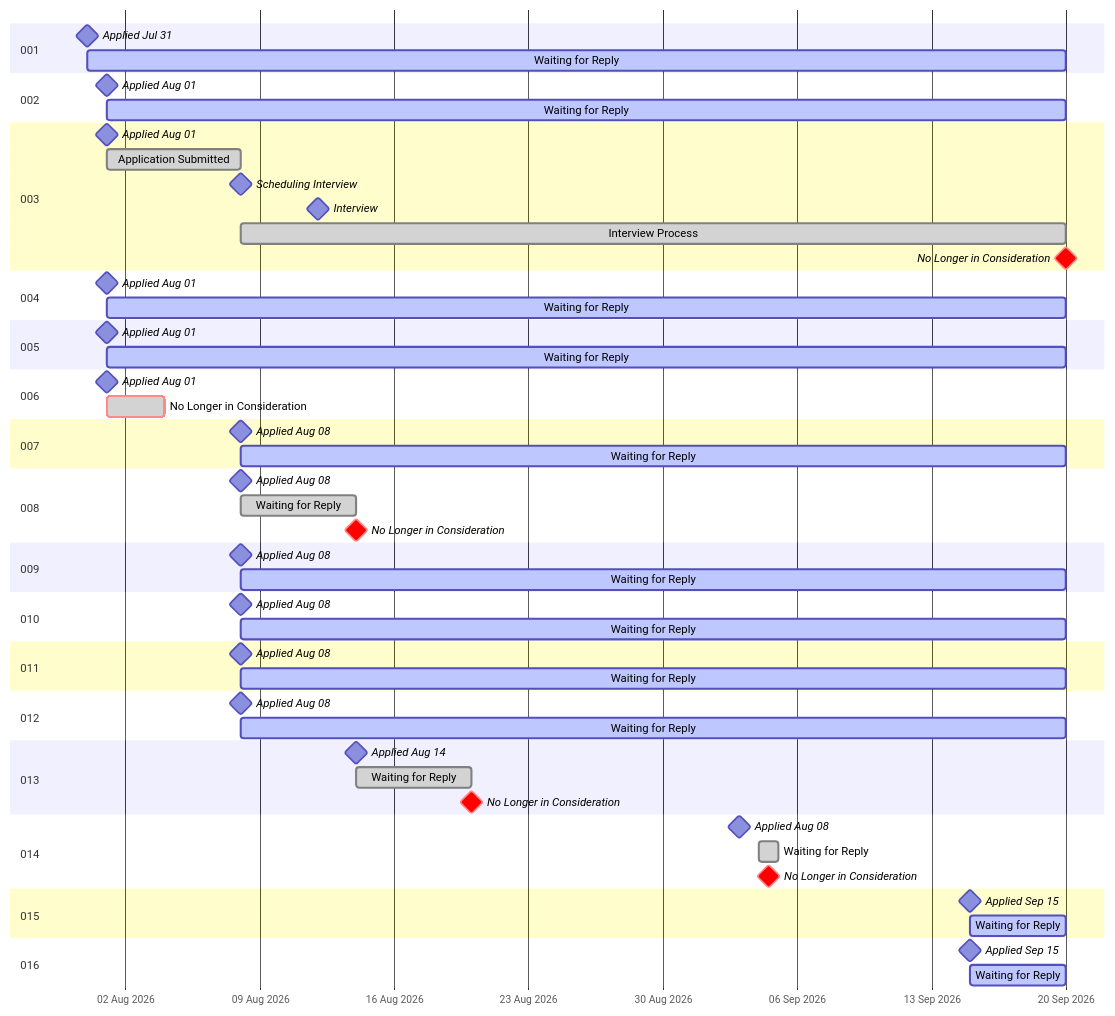
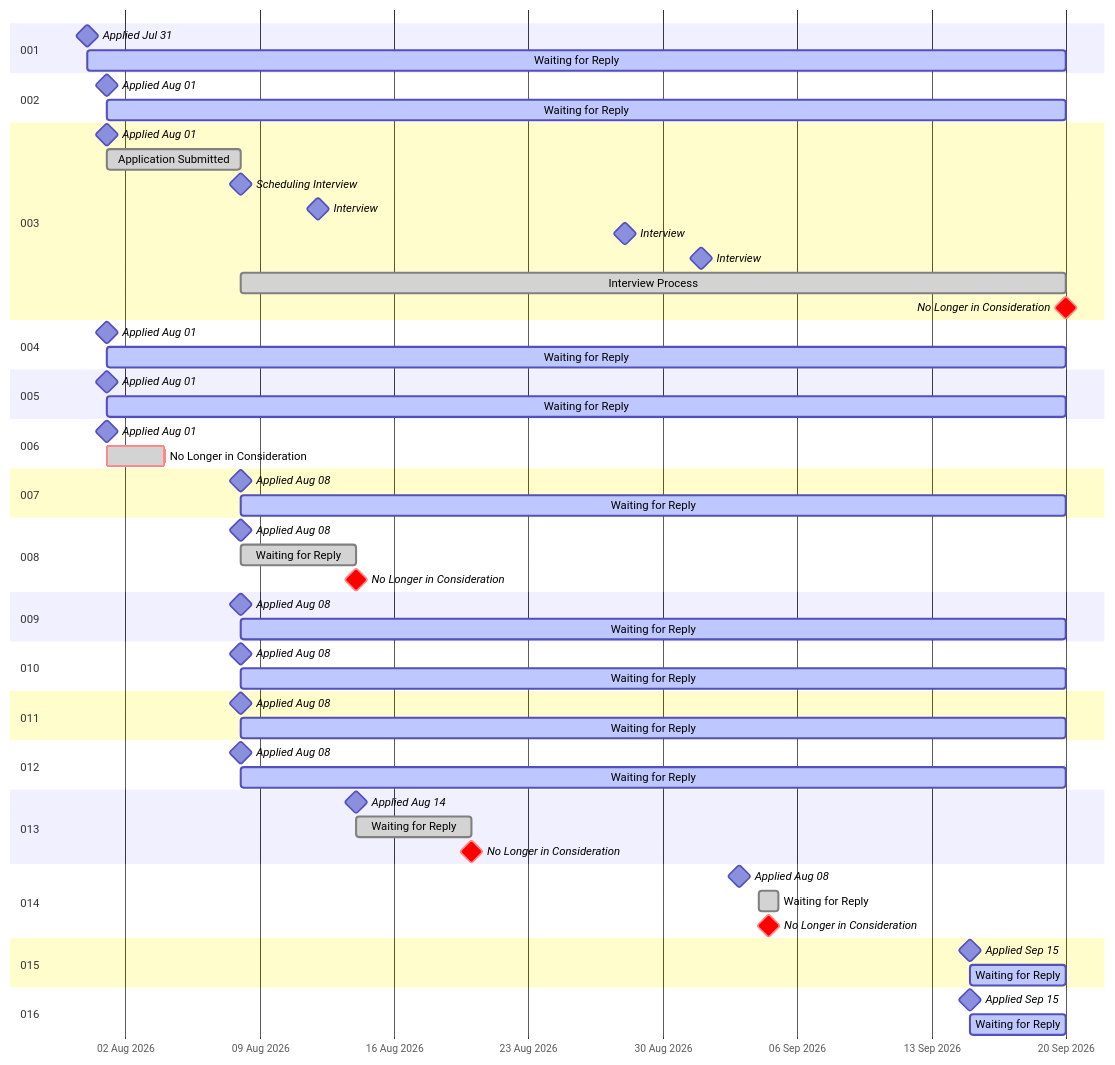
Before and after one commit to RileyBeenders/rileybeenders.com: the diagram in README.md, drawn with Mermaid. The commit also changed 2 other files, not shown here.

Commit message:
JobID 003 - Added the additional interview dates

````diff
--- a/README.md
+++ b/README.md
@@ -12,77 +12,79 @@
 ```mermaid
   gantt
     dateFormat YYYY-MM-DD
     tickInterval 1week
     axisFormat %d %b %Y
 
     section 001
     Applied Jul 31                  :milestone, 2026-07-31, 0d
     Waiting for Reply               :active, 2026-07-31, 51d
 
     section 002
     Applied Aug 01                  :milestone, 2026-08-01, 0d
     Waiting for Reply               :active, 2026-08-01, 50d
 
     section 003
     Applied Aug 01                  :milestone, 2026-08-01, 0d
     Application Submitted           :done, 2026-08-01, 7d
     Scheduling Interview            :milestone, 2026-08-08, 0d
     Interview                       :milestone, 2026-08-12, 0d
+    Interview                       :milestone, 2026-08-28, 0d
+    Interview                       :milestone, 2026-09-01, 0d
     Interview Process               :done, 2026-08-08, 43d
     No Longer in Consideration      :crit, milestone, 2026-09-20, 0d
 
     section 004
     Applied Aug 01                  :milestone, 2026-08-01, 0d
     Waiting for Reply               :active, 2026-08-01, 50d
 
     section 005
     Applied Aug 01                  :milestone, 2026-08-01, 0d
     Waiting for Reply               :active, 2026-08-01, 50d
 
     section 006
     Applied Aug 01                  :milestone, 2026-08-01, 0d
     No Longer in Consideration      :crit, done, 2026-08-01, 3d
 
     section 007
     Applied Aug 08                  :milestone, 2026-08-08, 0d
     Waiting for Reply               :active, 2026-08-08, 43d
 
     section 008
     Applied Aug 08                  :milestone, 2026-08-08, 0d
     Waiting for Reply               :done, 2026-08-08, 6d
     No Longer in Consideration      :crit, milestone, 2026-08-14, 0d
 
     section 009
     Applied Aug 08                  :milestone, 2026-08-08, 0d
     Waiting for Reply               :active, 2026-08-08, 43d
 
     section 010
     Applied Aug 08                  :milestone, 2026-08-08, 0d
     Waiting for Reply               :active, 2026-08-08, 43d
 
     section 011
     Applied Aug 08                  :milestone, 2026-08-08, 0d
     Waiting for Reply               :active, 2026-08-08, 43d
 
     section 012
     Applied Aug 08                  :milestone, 2026-08-08, 0d
     Waiting for Reply               :active, 2026-08-08, 43d
 
     section 013
     Applied Aug 14                  :milestone, 2026-08-14, 0d
     Waiting for Reply               :done, 2026-08-14, 6d
     No Longer in Consideration      :crit, milestone, 2026-08-20, 0d
 
     section 014
     Applied Aug 08                  :milestone, 2026-09-03, 0d
     Waiting for Reply               :done, 2026-09-04, 1d
     No Longer in Consideration      :crit, milestone, 2026-09-04, 1d
 
     section 015
     Applied Sep 15                  :milestone, 2026-09-15, 0d
     Waiting for Reply               :active, 2026-09-15, 5d
 
     section 016
     Applied Sep 15                  :milestone, 2026-09-15, 0d
     Waiting for Reply               :active, 2026-09-15, 5d
 ```
````
